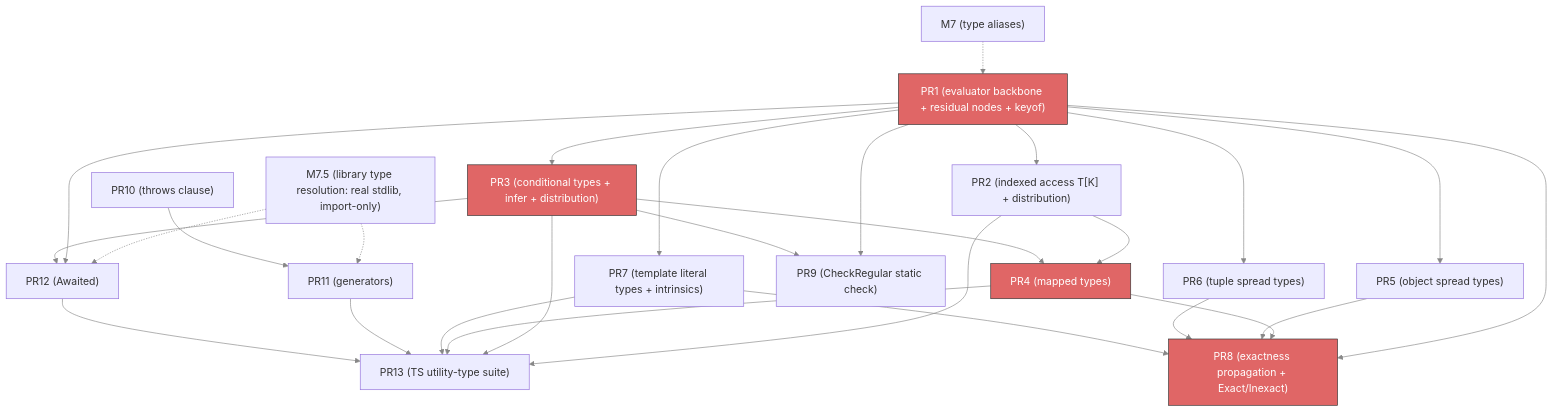
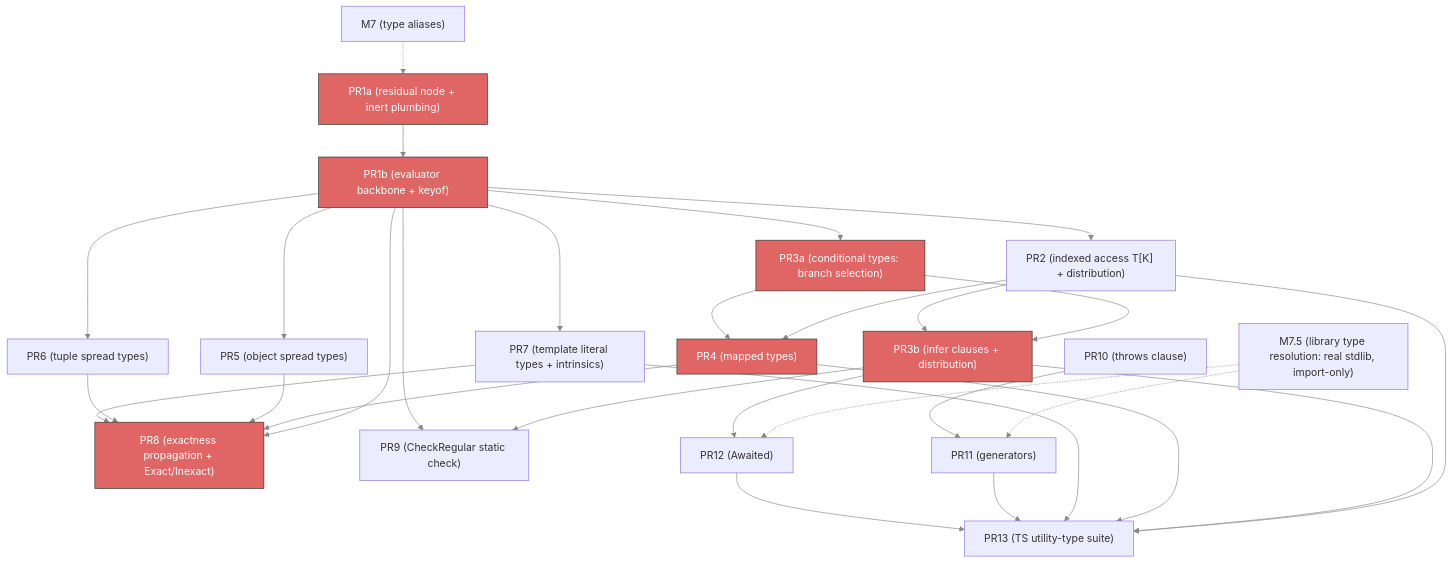
The diagram in planning/simple_sub/m9-implementation-plan.md (escalier-lang/escalier), drawn with Mermaid before and after one commit. The commit also changed other lines of this file and 1 other file, not shown here.

First line of the commit message:
Right-size M9 PRs: split the evaluator and conditional PRs

````diff
--- a/planning/simple_sub/m9-implementation-plan.md
+++ b/planning/simple_sub/m9-implementation-plan.md
@@ -476,52 +526,58 @@
 ```mermaid
 graph TD
     M7["M7 (type aliases)"]
     M75["M7.5 (library type resolution: real stdlib, import-only)"]
-    PR1["PR1 (evaluator backbone + residual nodes + keyof)"]
+    PR1a["PR1a (residual node + inert plumbing)"]
+    PR1b["PR1b (evaluator backbone + keyof)"]
     PR2["PR2 (indexed access T[K] + distribution)"]
-    PR3["PR3 (conditional types + infer + distribution)"]
+    PR3a["PR3a (conditional types: branch selection)"]
+    PR3b["PR3b (infer clauses + distribution)"]
     PR4["PR4 (mapped types)"]
     PR5["PR5 (object spread types)"]
     PR6["PR6 (tuple spread types)"]
     PR7["PR7 (template literal types + intrinsics)"]
     PR8["PR8 (exactness propagation + Exact/Inexact)"]
     PR9["PR9 (CheckRegular static check)"]
     PR10["PR10 (throws clause)"]
     PR11["PR11 (generators)"]
     PR12["PR12 (Awaited<T>)"]
     PR13["PR13 (TS utility-type suite)"]
 
-    M7 -.-> PR1
+    M7 -.-> PR1a
     M75 -.-> PR11
     M75 -.-> PR12
 
-    PR1 --> PR2
-    PR1 --> PR3
-    PR1 --> PR5
-    PR1 --> PR6
-    PR1 --> PR7
-    PR1 --> PR8
-    PR1 --> PR9
-    PR1 --> PR12
+    PR1a --> PR1b
+    PR1b --> PR2
+    PR1b --> PR3a
+    PR1b --> PR5
+    PR1b --> PR6
+    PR1b --> PR7
+    PR1b --> PR8
+    PR3a --> PR3b
+    PR2 --> PR3b
     PR2 --> PR4
     PR2 --> PR13
-    PR3 --> PR4
-    PR3 --> PR9
-    PR3 --> PR12
-    PR3 --> PR13
+    PR3a --> PR4
+    PR3b --> PR9
+    PR1b --> PR9
+    PR3b --> PR12
+    PR3b --> PR13
     PR4 --> PR8
     PR4 --> PR13
     PR5 --> PR8
     PR6 --> PR8
     PR7 --> PR8
     PR7 --> PR13
     PR10 --> PR11
     PR11 --> PR13
     PR12 --> PR13
 
     linkStyle default stroke:#888
-    style PR1 fill:#e06666,stroke:#333,color:#fff
-    style PR3 fill:#e06666,stroke:#333,color:#fff
+    style PR1a fill:#e06666,stroke:#333,color:#fff
+    style PR1b fill:#e06666,stroke:#333,color:#fff
+    style PR3a fill:#e06666,stroke:#333,color:#fff
+    style PR3b fill:#e06666,stroke:#333,color:#fff
     style PR4 fill:#e06666,stroke:#333,color:#fff
     style PR8 fill:#e06666,stroke:#333,color:#fff
 ```
````
